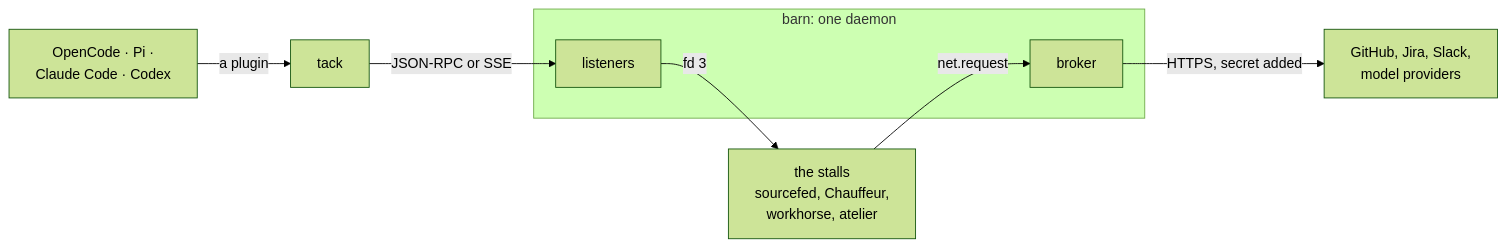
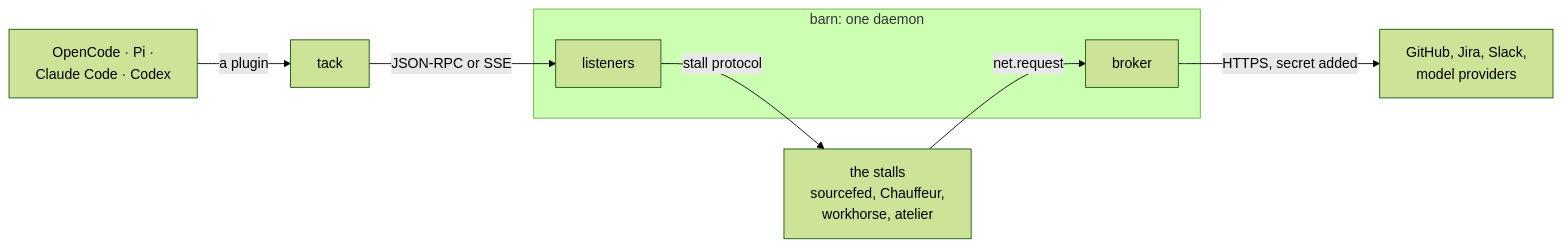
Before and after one commit to wrkhse/workhorse: the fifth of 6 diagrams in deck/slides.md, drawn with Mermaid (forest theme). The commit also changed other lines of this file and 9 other files, not shown here.

First line of the commit message:
docs: the connect-back stall protocol, and where B1 stands

````diff
--- a/deck/slides.md
+++ b/deck/slides.md
@@ -842,12 +842,12 @@
 ```mermaid {scale: 0.6}
 flowchart LR
     HC["OpenCode · Pi ·<br/>Claude Code · Codex"] -- "a plugin" --> TK["tack"]
     TK -- "JSON-RPC or SSE" --> L
     subgraph BARN["barn: one daemon"]
         L["listeners"]
         BR["broker"]
     end
-    L -- "fd 3" --> ST["the stalls<br/>sourcefed, Chauffeur,<br/>workhorse, atelier"]
+    L -- "stall protocol" --> ST["the stalls<br/>sourcefed, Chauffeur,<br/>workhorse, atelier"]
     ST -- "net.request" --> BR
     BR -- "HTTPS, secret added" --> UP["GitHub, Jira, Slack,<br/>model providers"]
 ```
````
